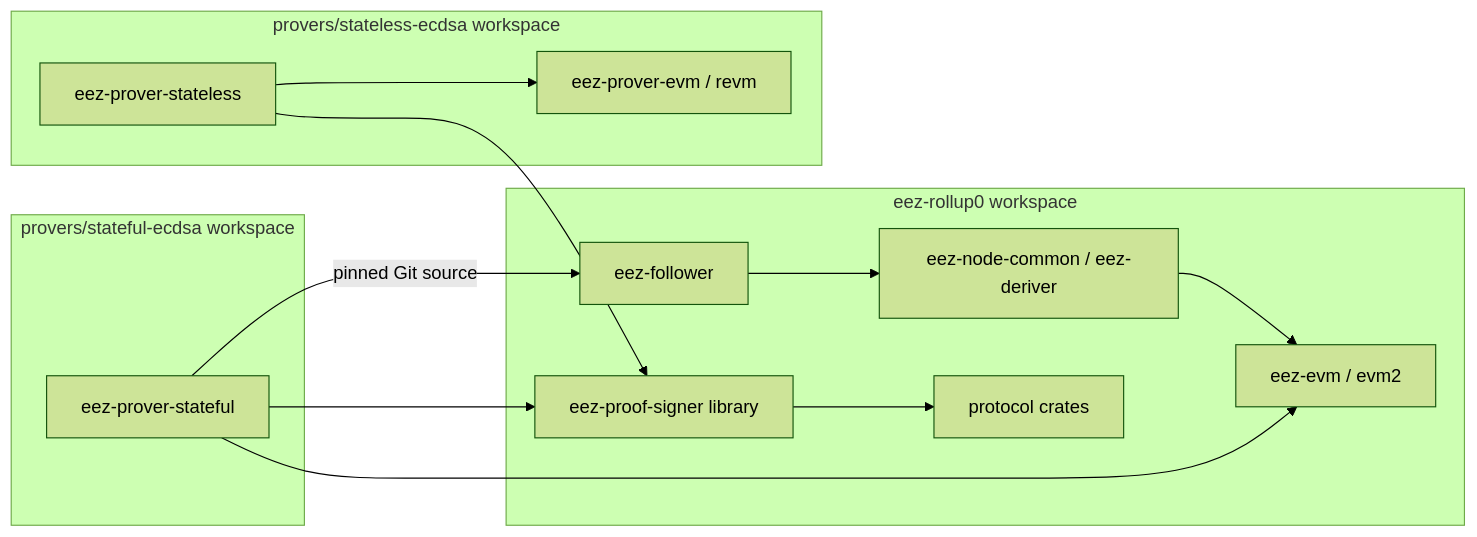
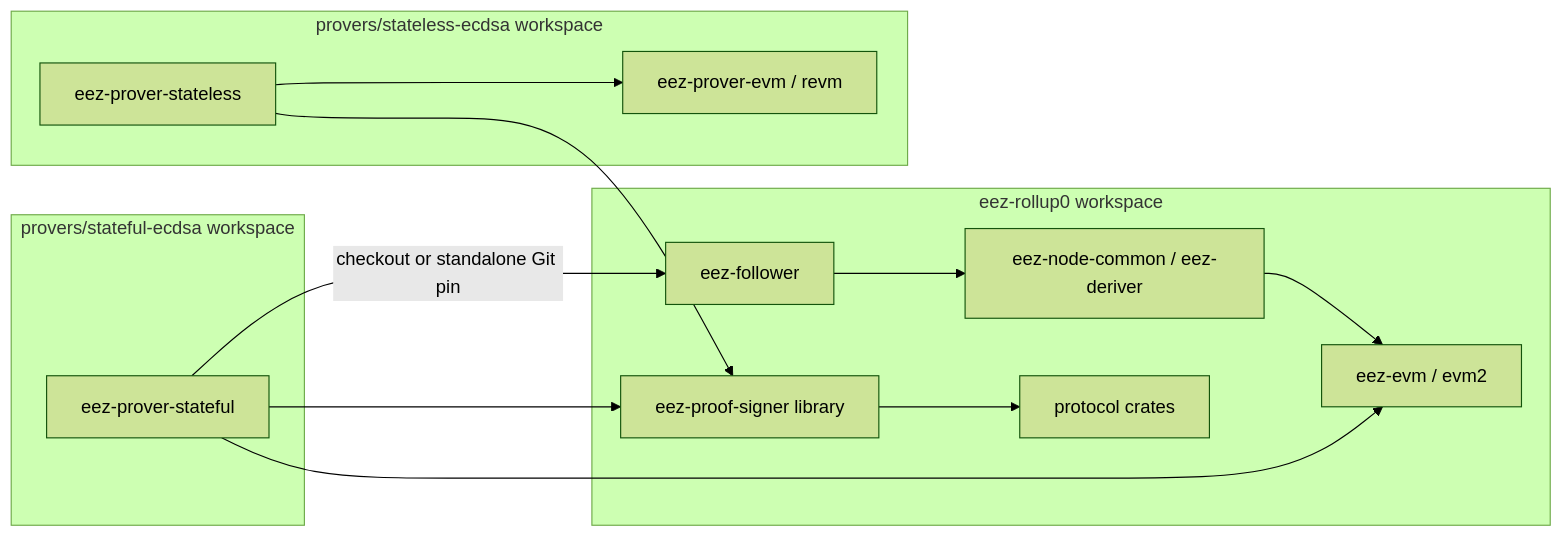
The diagram in docs/provers.md (eez-association/eez-rollup0), drawn with Mermaid (forest theme) before and after one commit. The commit also changed other lines of this file and 4 other files, not shown here.

````diff
--- a/docs/provers.md
+++ b/docs/provers.md
@@ -23,18 +24,18 @@
 ```mermaid
 flowchart LR
   subgraph root[eez-rollup0 workspace]
     F[eez-follower] --> NC[eez-node-common / eez-deriver]
     NC --> E[eez-evm / evm2]
     PS[eez-proof-signer library] --> P[protocol crates]
   end
   subgraph stateful[provers/stateful-ecdsa workspace]
     SF[eez-prover-stateful]
   end
   subgraph stateless[provers/stateless-ecdsa workspace]
     SL[eez-prover-stateless] --> PE[eez-prover-evm / revm]
   end
-  SF -->|pinned Git source| F
+  SF -->|checkout or standalone Git pin| F
   SF --> E
   SF --> PS
   SL --> PS
 ```
````
